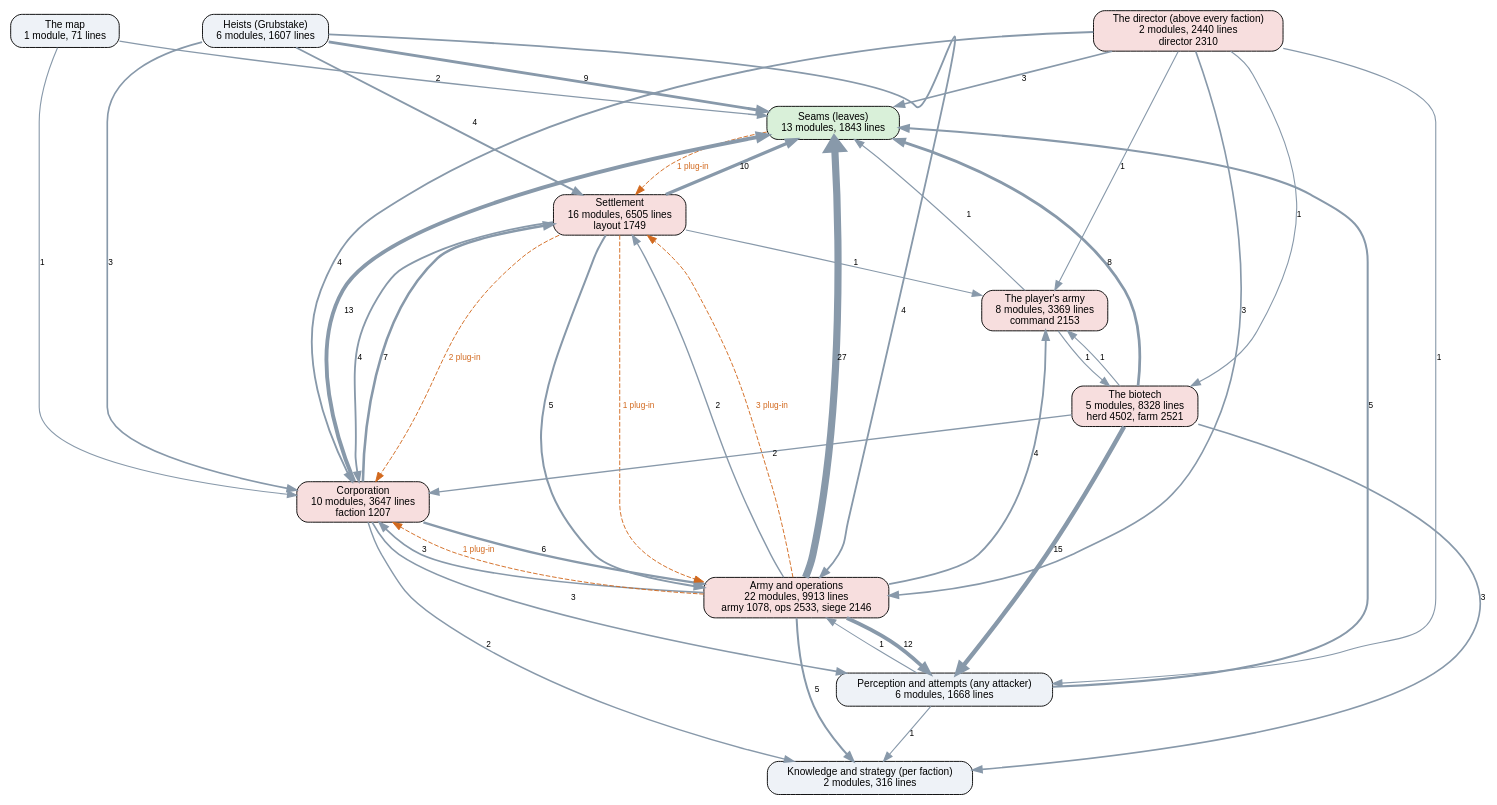
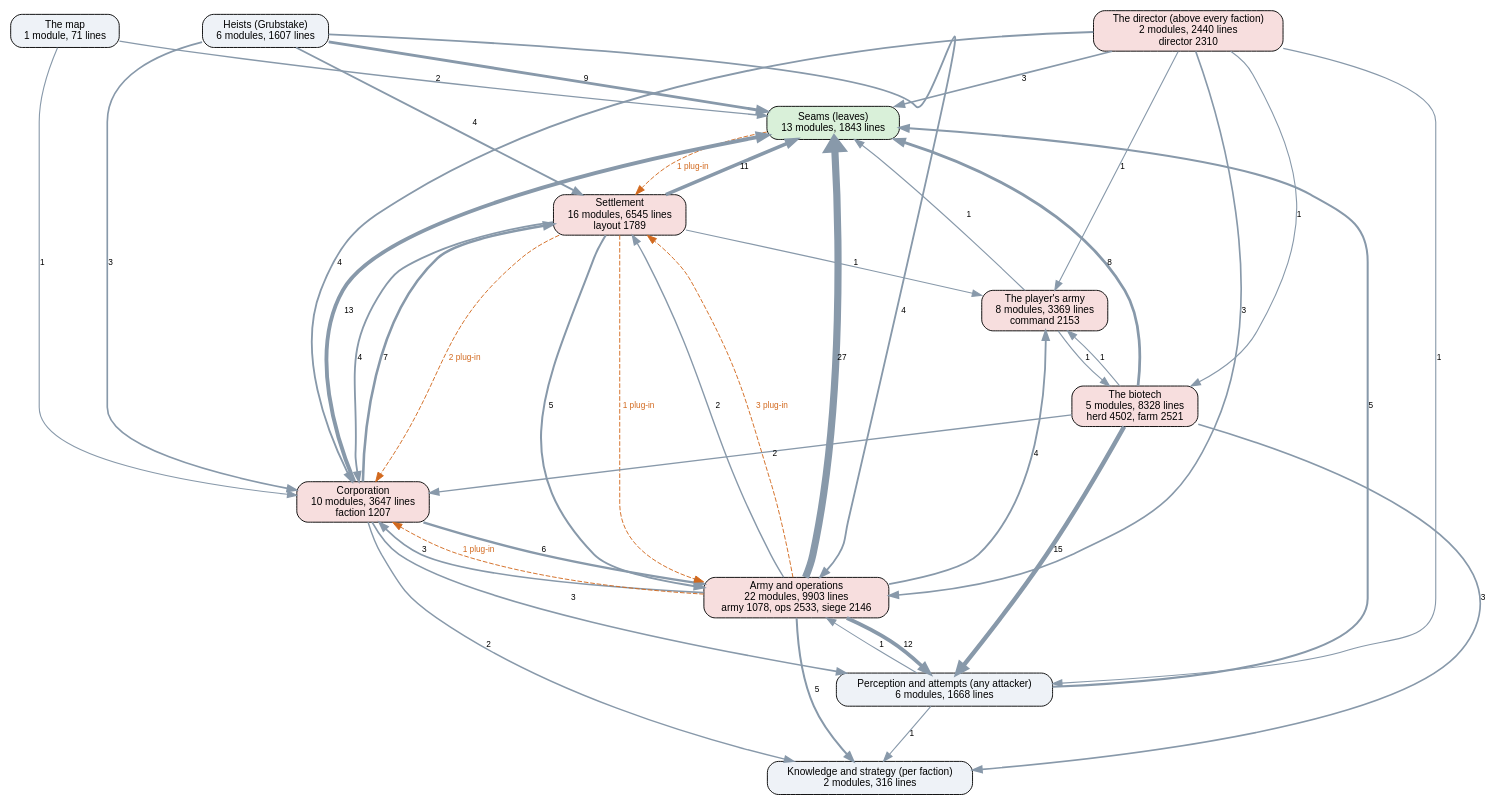
One commit to kinelhu/landing-party changed the diagram in docs/ai-layers.dot. Above: the diagram before and after it, drawn with Graphviz. The commit also changed 17 other files, not shown here.

```diff
--- a/docs/ai-layers.dot
+++ b/docs/ai-layers.dot
@@ -1,58 +1,58 @@
 digraph layers {
   graph [rankdir=TB, fontname="Helvetica", nodesep=0.5, ranksep=0.7];
   node [shape=box, style="rounded,filled", fontname="Helvetica", fontsize=11, fillcolor="#eef2f7"];
   edge [color="#8899aa", fontname="Helvetica", fontsize=9];
   "Seams (leaves)" [label="Seams (leaves)\n13 modules, 1843 lines", fillcolor="#d9f0d9"];
   "Perception and attempts (any attacker)" [label="Perception and attempts (any attacker)\n6 modules, 1668 lines", fillcolor="#eef2f7"];
   "Knowledge and strategy (per faction)" [label="Knowledge and strategy (per faction)\n2 modules, 316 lines", fillcolor="#eef2f7"];
   "The director (above every faction)" [label="The director (above every faction)\n2 modules, 2440 lines\ndirector 2310", fillcolor="#f7dede"];
   "Corporation" [label="Corporation\n10 modules, 3647 lines\nfaction 1207", fillcolor="#f7dede"];
-  "Settlement" [label="Settlement\n16 modules, 6505 lines\nlayout 1749", fillcolor="#f7dede"];
-  "Army and operations" [label="Army and operations\n22 modules, 9913 lines\narmy 1078, ops 2533, siege 2146", fillcolor="#f7dede"];
+  "Settlement" [label="Settlement\n16 modules, 6545 lines\nlayout 1789", fillcolor="#f7dede"];
+  "Army and operations" [label="Army and operations\n22 modules, 9903 lines\narmy 1078, ops 2533, siege 2146", fillcolor="#f7dede"];
   "Heists (Grubstake)" [label="Heists (Grubstake)\n6 modules, 1607 lines", fillcolor="#eef2f7"];
   "The biotech" [label="The biotech\n5 modules, 8328 lines\nherd 4502, farm 2521", fillcolor="#f7dede"];
   "The map" [label="The map\n1 module, 71 lines", fillcolor="#eef2f7"];
   "The player's army" [label="The player's army\n8 modules, 3369 lines\ncommand 2153", fillcolor="#f7dede"];
   "Army and operations" -> "Corporation" [label="3", penwidth=1.8];
   "Army and operations" -> "Knowledge and strategy (per faction)" [label="5", penwidth=2.2];
   "Army and operations" -> "Perception and attempts (any attacker)" [label="12", penwidth=4.0];
   "Army and operations" -> "Seams (leaves)" [label="27", penwidth=7.8];
   "Army and operations" -> "Settlement" [label="2", penwidth=1.5];
   "Army and operations" -> "The player's army" [label="4", penwidth=2.0];
   "Corporation" -> "Army and operations" [label="6", penwidth=2.5];
   "Corporation" -> "Knowledge and strategy (per faction)" [label="2", penwidth=1.5];
   "Corporation" -> "Perception and attempts (any attacker)" [label="3", penwidth=1.8];
   "Corporation" -> "Seams (leaves)" [label="13", penwidth=4.2];
   "Corporation" -> "Settlement" [label="7", penwidth=2.8];
   "Heists (Grubstake)" -> "Army and operations" [label="4", penwidth=2.0];
   "Heists (Grubstake)" -> "Corporation" [label="3", penwidth=1.8];
   "Heists (Grubstake)" -> "Seams (leaves)" [label="9", penwidth=3.2];
   "Heists (Grubstake)" -> "Settlement" [label="4", penwidth=2.0];
   "Perception and attempts (any attacker)" -> "Army and operations" [label="1", penwidth=1.2];
   "Perception and attempts (any attacker)" -> "Knowledge and strategy (per faction)" [label="1", penwidth=1.2];
   "Perception and attempts (any attacker)" -> "Seams (leaves)" [label="5", penwidth=2.2];
   "Settlement" -> "Army and operations" [label="5", penwidth=2.2];
   "Settlement" -> "Corporation" [label="4", penwidth=2.0];
-  "Settlement" -> "Seams (leaves)" [label="10", penwidth=3.5];
+  "Settlement" -> "Seams (leaves)" [label="11", penwidth=3.8];
   "Settlement" -> "The player's army" [label="1", penwidth=1.2];
   "The biotech" -> "Corporation" [label="2", penwidth=1.5];
   "The biotech" -> "Knowledge and strategy (per faction)" [label="3", penwidth=1.8];
   "The biotech" -> "Perception and attempts (any attacker)" [label="15", penwidth=4.8];
   "The biotech" -> "Seams (leaves)" [label="8", penwidth=3.0];
   "The biotech" -> "The player's army" [label="1", penwidth=1.2];
   "The director (above every faction)" -> "Army and operations" [label="3", penwidth=1.8];
   "The director (above every faction)" -> "Corporation" [label="4", penwidth=2.0];
   "The director (above every faction)" -> "Perception and attempts (any attacker)" [label="1", penwidth=1.2];
   "The director (above every faction)" -> "Seams (leaves)" [label="3", penwidth=1.8];
   "The director (above every faction)" -> "The biotech" [label="1", penwidth=1.2];
   "The director (above every faction)" -> "The player's army" [label="1", penwidth=1.2];
   "The map" -> "Corporation" [label="1", penwidth=1.2];
   "The map" -> "Seams (leaves)" [label="2", penwidth=1.5];
   "The player's army" -> "Seams (leaves)" [label="1", penwidth=1.2];
   "The player's army" -> "The biotech" [label="1", penwidth=1.2];
   "Army and operations" -> "Corporation" [style=dashed, color="#d2691e", fontcolor="#d2691e", label="1 plug-in"];
   "Army and operations" -> "Settlement" [style=dashed, color="#d2691e", fontcolor="#d2691e", label="3 plug-in"];
   "Seams (leaves)" -> "Settlement" [style=dashed, color="#d2691e", fontcolor="#d2691e", label="1 plug-in"];
   "Settlement" -> "Army and operations" [style=dashed, color="#d2691e", fontcolor="#d2691e", label="1 plug-in"];
   "Settlement" -> "Corporation" [style=dashed, color="#d2691e", fontcolor="#d2691e", label="2 plug-in"];
 }
```
